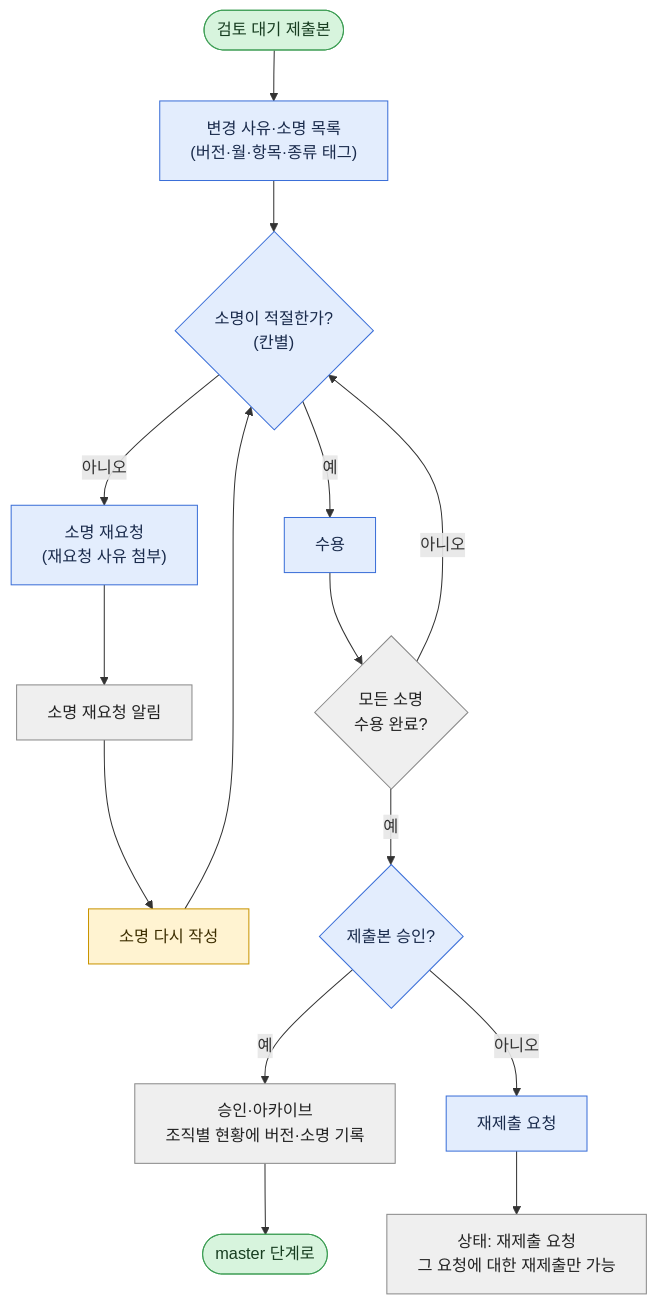
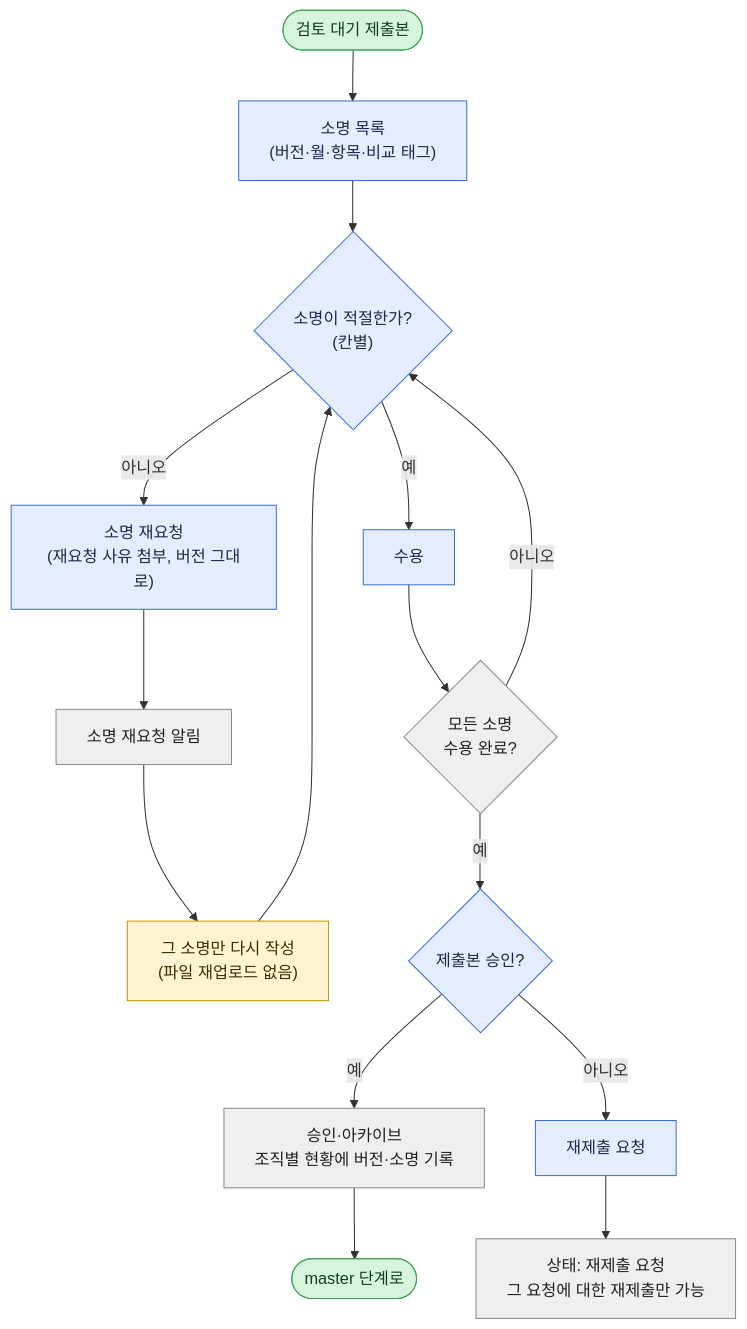
One commit to shinharyeong/skala_final_project changed the fourth of 8 diagrams in docs/flow.md. Above: the diagram before and after it, drawn with Mermaid. The commit also changed other lines of this file and 1 other file, not shown here.

````diff
--- a/docs/flow.md
+++ b/docs/flow.md
@@ -116,33 +109,33 @@
 ```mermaid
 flowchart TD
     A(["검토 대기 제출본"])
-    B["변경 사유·소명 목록<br/>(버전·월·항목·종류 태그)"]
+    B["소명 목록<br/>(버전·월·항목·비교 태그)"]
     G{"소명이 적절한가?<br/>(칸별)"}
     H["수용"]
-    I["소명 재요청<br/>(재요청 사유 첨부)"]
+    I["소명 재요청<br/>(재요청 사유 첨부, 버전 그대로)"]
     J["소명 재요청 알림"]
-    K["소명 다시 작성"]
+    K["그 소명만 다시 작성<br/>(파일 재업로드 없음)"]
     N{"모든 소명<br/>수용 완료?"}
     O{"제출본 승인?"}
     P["승인·아카이브<br/>조직별 현황에 버전·소명 기록"]
     R["재제출 요청"]
     R1["상태: 재제출 요청<br/>그 요청에 대한 재제출만 가능"]
     Q(["master 단계로"])
 
     A --> B --> G
     G -->|예| H --> N
     G -->|아니오| I --> J --> K --> G
     N -->|아니오| G
     N -->|예| O
     O -->|예| P --> Q
     O -->|아니오| R --> R1
 
     classDef planner fill:#E3EDFD,stroke:#3B6FD8,color:#1A2B4C
     classDef org fill:#FFF3D1,stroke:#C99400,color:#3D2E00
     classDef system fill:#EFEFEF,stroke:#8A8A8A,color:#222
     classDef terminal fill:#D7F4DD,stroke:#3E9E55,color:#173D20
     class B,G,H,I,O,R planner
     class K org
     class J,N,P,R1 system
     class A,Q terminal
 ```
````
